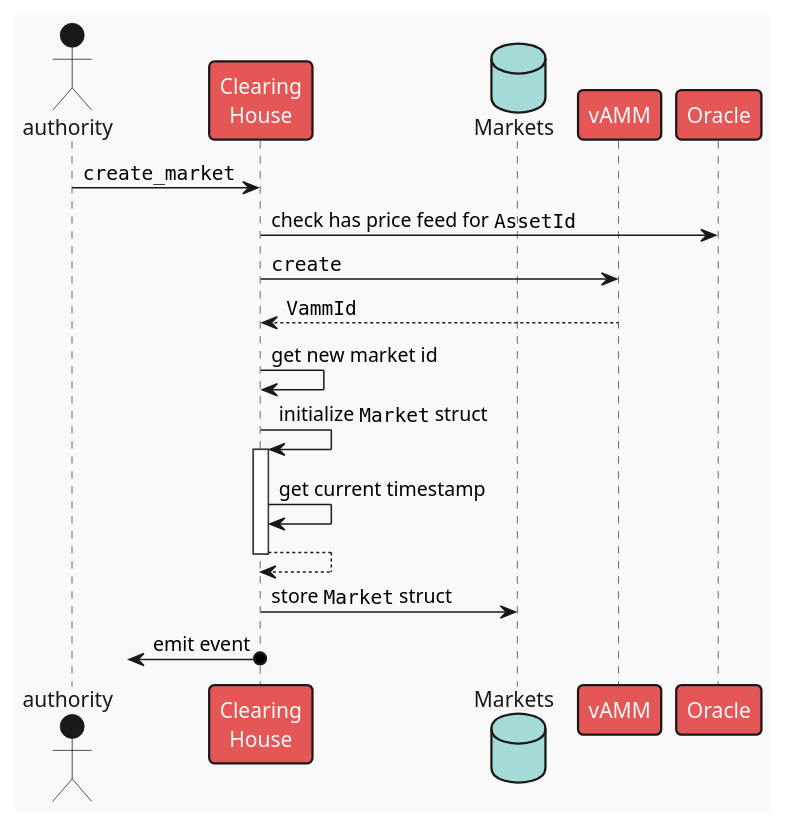
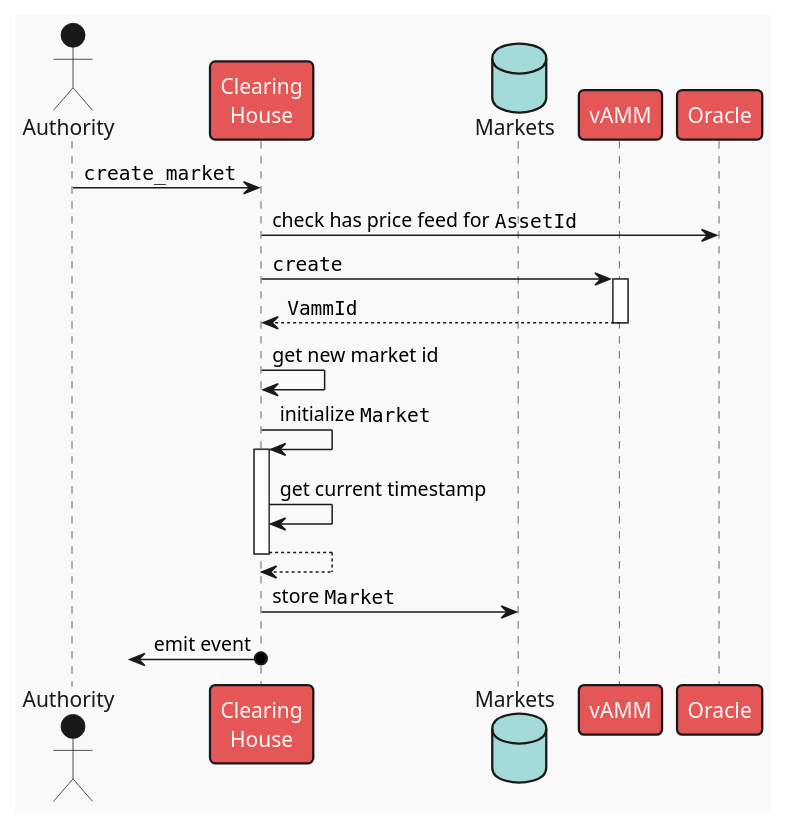
The diagram in frame/clearing-house/diagrams/create-market.plantuml (ComposableFi/composable), drawn with PlantUML before and after one commit. The commit also changed 5 other files, not shown here.

First line of the commit message:
docs(CH): overhaul sequence diagrams

```diff
--- a/frame/clearing-house/diagrams/create-market.plantuml
+++ b/frame/clearing-house/diagrams/create-market.plantuml
@@ -1,26 +1,26 @@
 @startuml create_market
 !theme mars
 
-actor "authority" as g
+actor "Authority" as g
 participant "Clearing\nHouse" as ch
 database "Markets" as markets
 participant "vAMM" as vamm
 participant "Oracle" as oracle 
 
 g -> ch : ""create_market""
 
 ch -> oracle : check has price feed for ""AssetId""
 
-ch -> vamm : ""create""
+ch -> vamm ++: ""create""
 return ""VammId""
 
 ch -> ch : get new market id
 
-ch -> ch ++: initialize ""Market"" struct
+ch -> ch ++: initialize ""Market""
 ch -> ch: get current timestamp
 return
 
-ch -> markets : store ""Market"" struct
+ch -> markets : store ""Market""
 
 ?<-o ch : emit event
 @enduml
```
